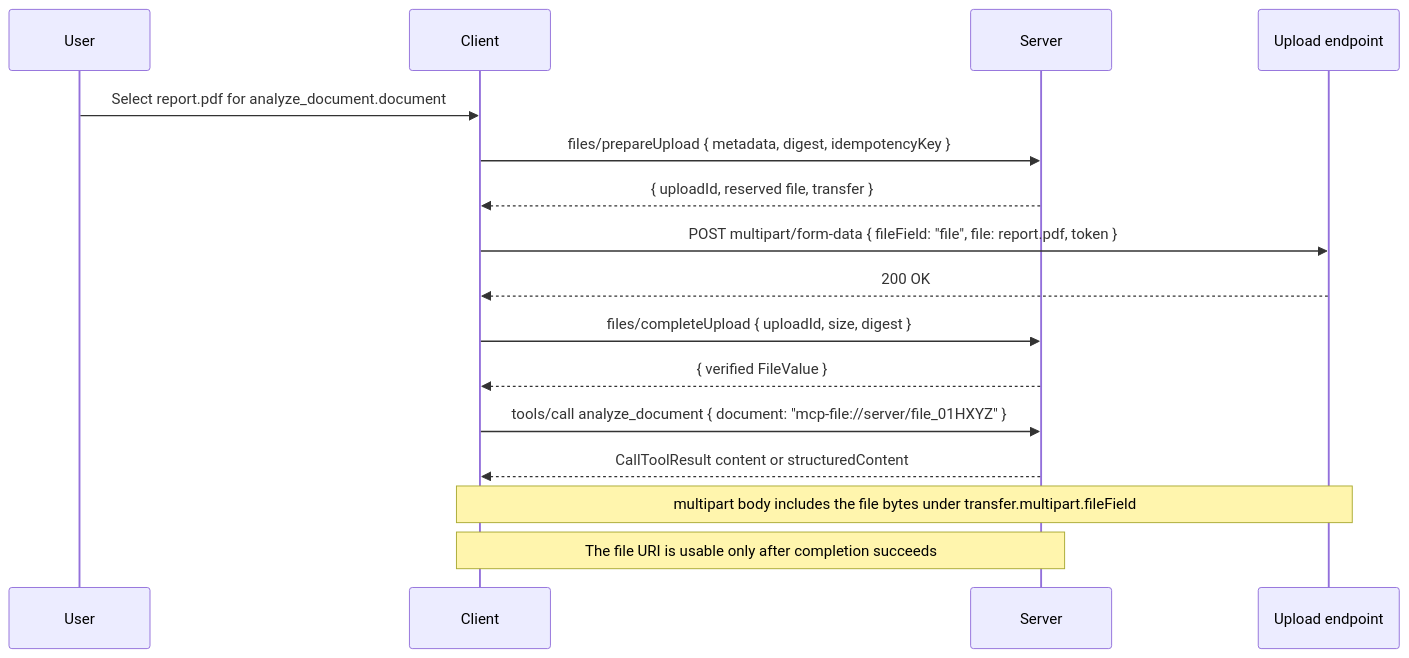
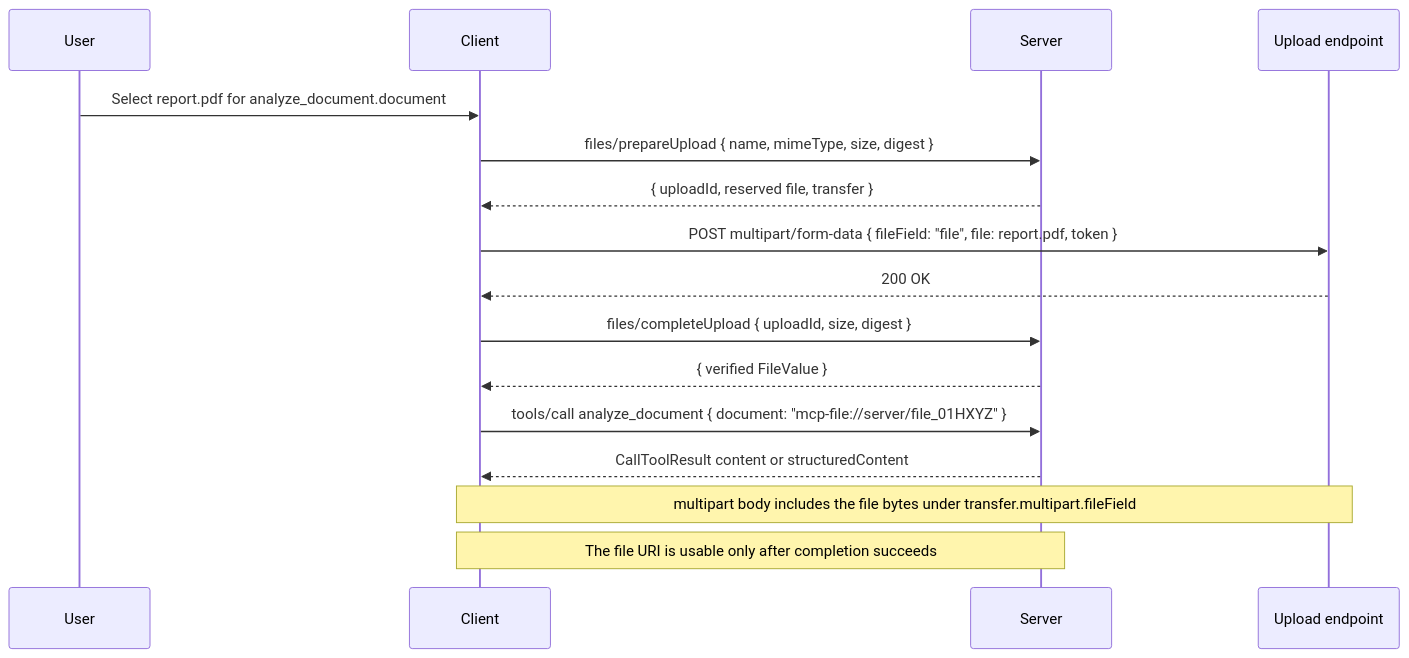
The diagram in docs/seps/2631-file-objects-and-transfer.mdx (caseychow-oai/modelcontextprotocol), drawn with Mermaid before and after one commit. The commit also changed other lines of this file and 2 other files, not shown here.

````diff
--- a/docs/seps/2631-file-objects-and-transfer.mdx
+++ b/docs/seps/2631-file-objects-and-transfer.mdx
@@ -681,20 +529,20 @@
 ```mermaid
 sequenceDiagram
     participant User
     participant Client
     participant Server
     participant Upload as Upload endpoint
 
     User->>Client: Select report.pdf for analyze_document.document
-    Client->>Server: files/prepareUpload { metadata, digest, idempotencyKey }
+    Client->>Server: files/prepareUpload { name, mimeType, size, digest }
     Server-->>Client: { uploadId, reserved file, transfer }
     Client->>Upload: POST multipart/form-data { fileField: "file", file: report.pdf, token }
     Upload-->>Client: 200 OK
     Client->>Server: files/completeUpload { uploadId, size, digest }
     Server-->>Client: { verified FileValue }
     Client->>Server: tools/call analyze_document { document: "mcp-file://server/file_01HXYZ" }
     Server-->>Client: CallToolResult content or structuredContent
 
     Note over Client,Upload: multipart body includes the file bytes under transfer.multipart.fileField
     Note over Client,Server: The file URI is usable only after completion succeeds
 ```
````
